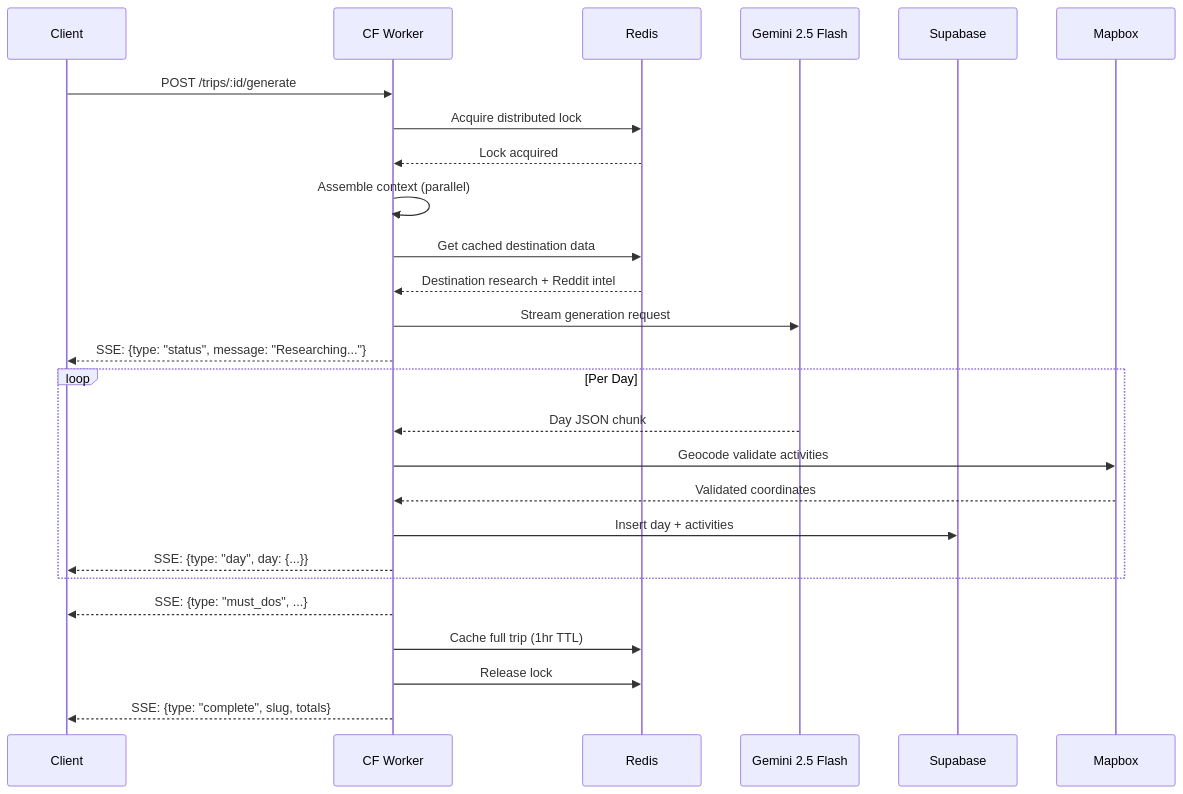
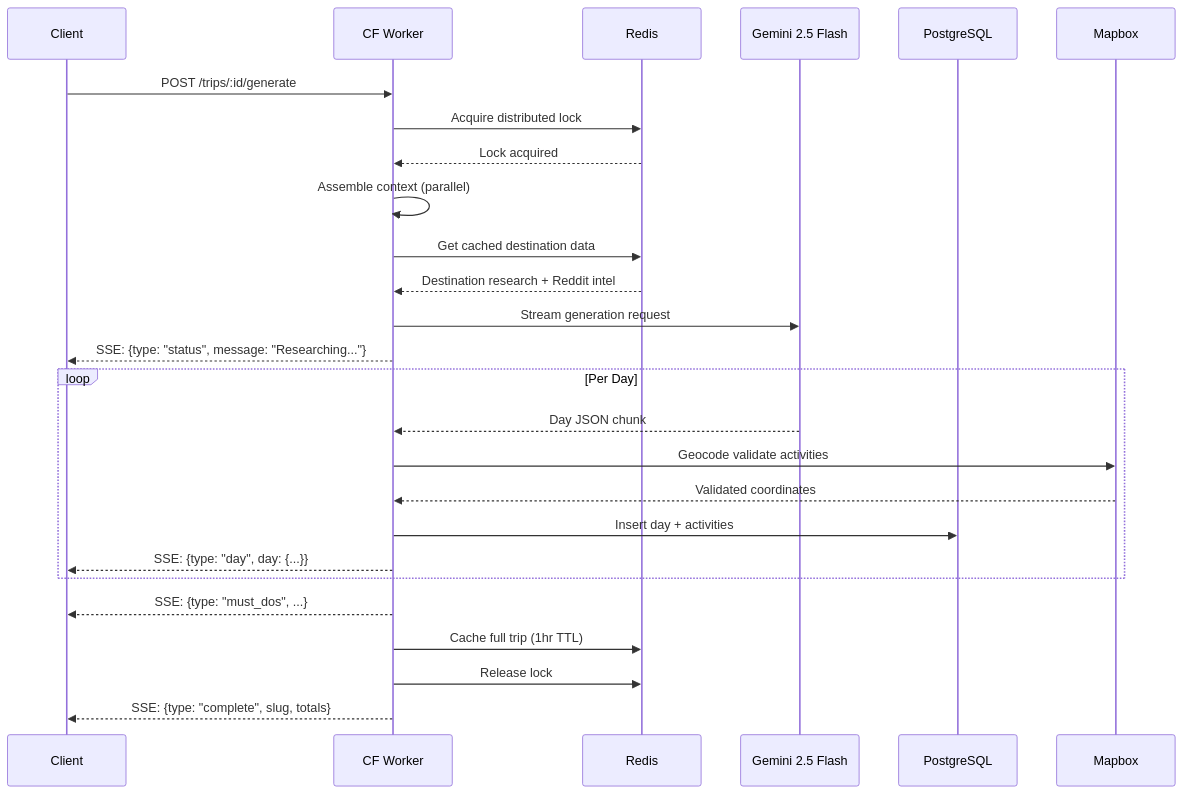
One commit to suppprith/drift-api changed the fifth of 5 diagrams in docs/flow-diagram.md. Above: the diagram before and after it, drawn with Mermaid. The commit also changed other lines of this file and 25 other files, not shown here.

First line of the commit message:
transition from Supabase to PostgreSQL and Better Auth

````diff
--- a/docs/flow-diagram.md
+++ b/docs/flow-diagram.md
@@ -672,33 +675,33 @@
 ```mermaid
 sequenceDiagram
     participant C as Client
     participant W as CF Worker
     participant R as Redis
     participant G as Gemini 2.5 Flash
-    participant S as Supabase
+    participant S as PostgreSQL
     participant M as Mapbox
 
     C->>W: POST /trips/:id/generate
     W->>R: Acquire distributed lock
     R-->>W: Lock acquired
 
     W->>W: Assemble context (parallel)
     W->>R: Get cached destination data
     R-->>W: Destination research + Reddit intel
 
     W->>G: Stream generation request
     W-->>C: SSE: {type: "status", message: "Researching..."}
 
     loop Per Day
         G-->>W: Day JSON chunk
         W->>M: Geocode validate activities
         M-->>W: Validated coordinates
         W->>S: Insert day + activities
         W-->>C: SSE: {type: "day", day: {...}}
     end
 
     W-->>C: SSE: {type: "must_dos", ...}
     W->>R: Cache full trip (1hr TTL)
     W->>R: Release lock
     W-->>C: SSE: {type: "complete", slug, totals}
 ```
````
